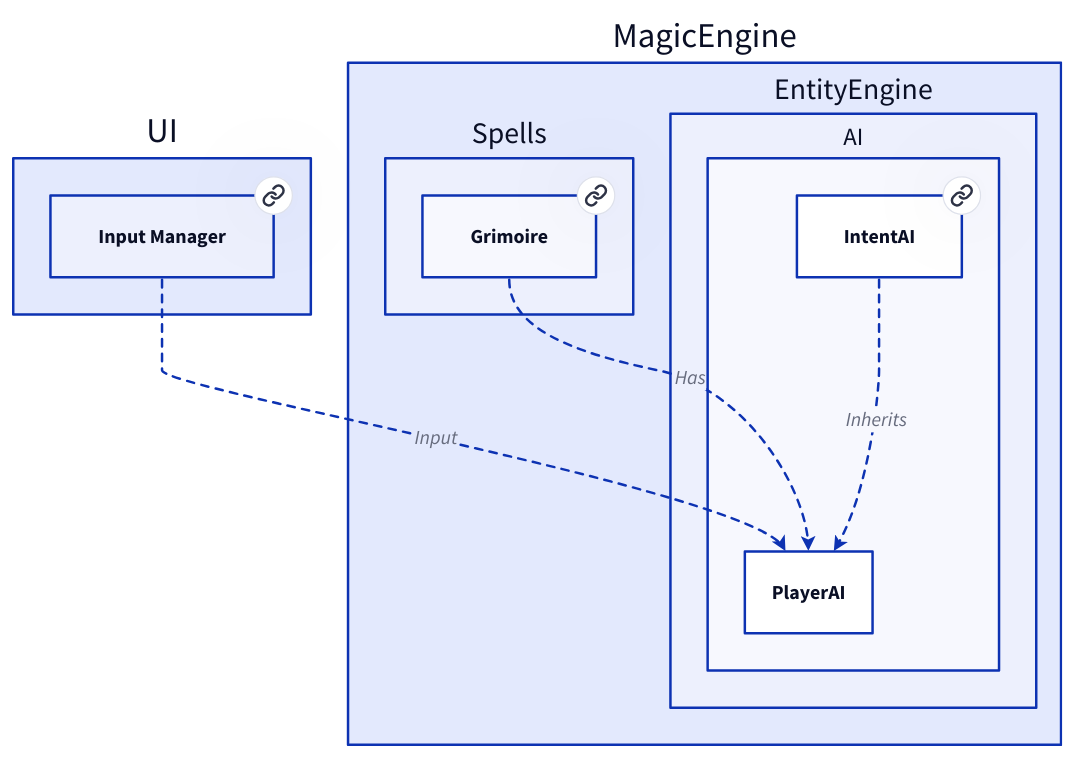
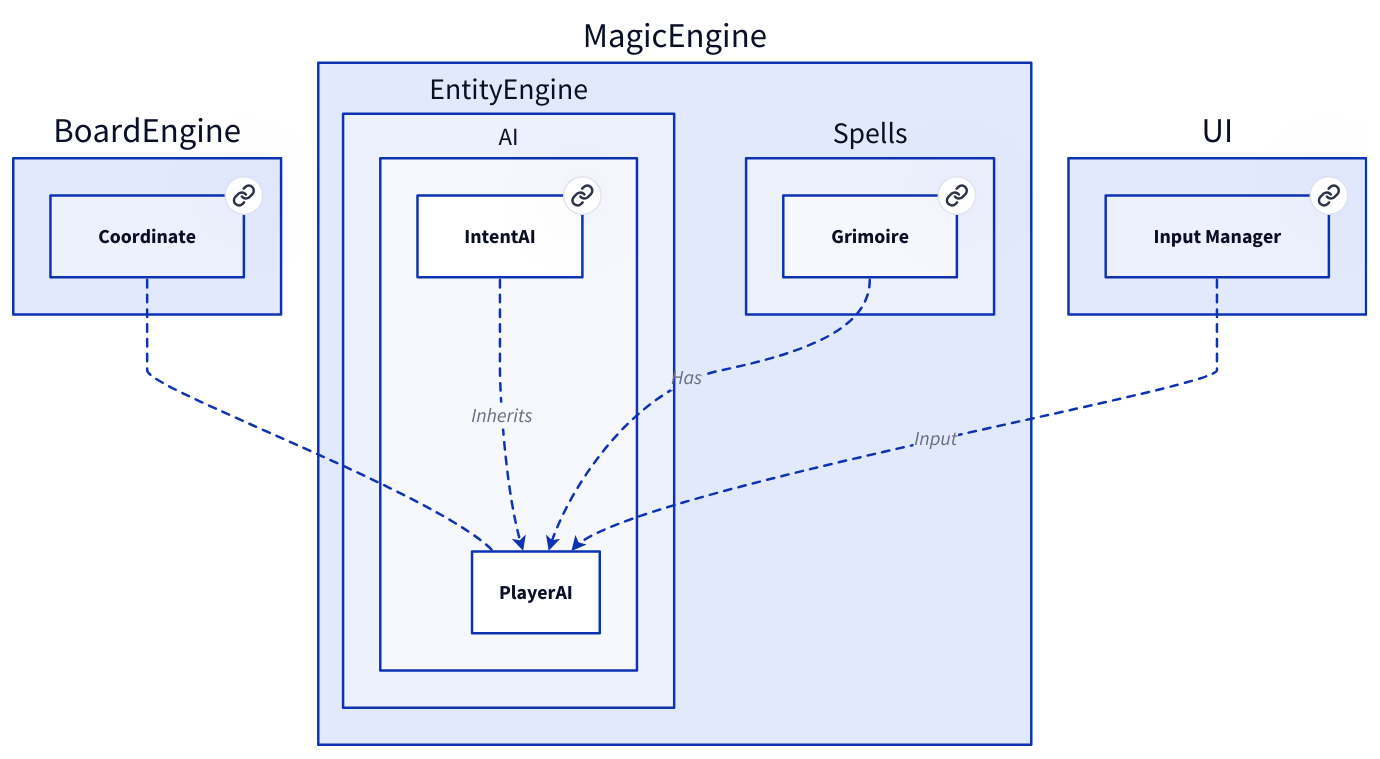
The diagram in doc/MagicEngine/EntityEngine/AI/PlayerAI.md (Portevent/Brume-Documentation), drawn with D2 before and after one commit. The commit also changed other lines of this file and 92 other files, not shown here.

````diff
--- a/doc/MagicEngine/EntityEngine/AI/PlayerAI.md
+++ b/doc/MagicEngine/EntityEngine/AI/PlayerAI.md
@@ -10,37 +10,43 @@
 ```d2
 # Nodes :
-UI: {
-    InputManager: Input Manager {
-       link: InputManager
+BoardEngine: {
+    Coordinate: Coordinate {
+       link: Coordinate
     }
 }
 MagicEngine: {
-    Spells: {
-        Grimoire: Grimoire {
-           link: Grimoire
-        }
-    }
     EntityEngine: {
         AI: {
             IntentAI: IntentAI {
                link: IntentAI
             }
         }
     }
+    Spells: {
+        Grimoire: Grimoire {
+           link: Grimoire
+        }
+    }
+}
+UI: {
+    InputManager: Input Manager {
+       link: InputManager
+    }
 }
 
 # Links :
+BoardEngine.Coordinate -- MagicEngine.EntityEngine.AI.PlayerAI: {style.stroke-dash: 3}
 MagicEngine.EntityEngine.AI.IntentAI -> MagicEngine.EntityEngine.AI.PlayerAI: Inherits {style.stroke-dash: 3
 source-arrowhead: {}
 target-arrowhead: {shape: arrow}
 }
 UI.InputManager -> MagicEngine.EntityEngine.AI.PlayerAI: Input {style.stroke-dash: 3
 source-arrowhead: {}
 target-arrowhead: {shape: arrow}
 }
 MagicEngine.Spells.Grimoire -> MagicEngine.EntityEngine.AI.PlayerAI: Has {style.stroke-dash: 3
 source-arrowhead: {}
 target-arrowhead: {shape: arrow}
 }
 
 ```
````
